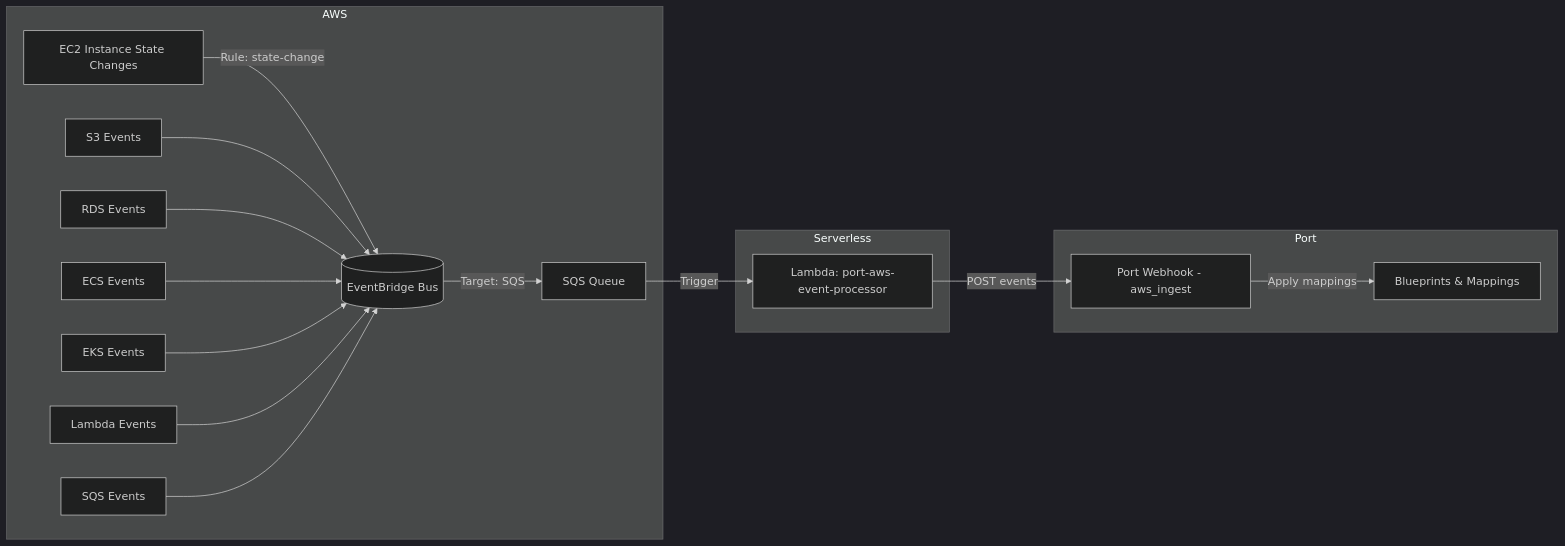
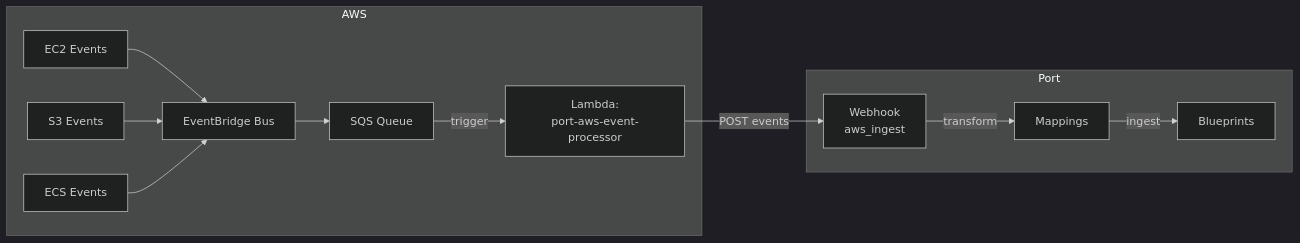
One commit to chrishodson/port-ocean changed the diagram in integrations/aws-serverless/README.md. Above: the diagram before and after it, drawn with Mermaid (dark theme). The commit also changed other lines of this file, not shown here.

````diff
--- a/integrations/aws-serverless/README.md
+++ b/integrations/aws-serverless/README.md
@@ -24,35 +39,26 @@
 ```mermaid
 flowchart LR
-  subgraph AWS
-    EC2[EC2 Instance State Changes]
-    S3[S3 Events]
-    RDS[RDS Events]
-    ECS[ECS Events]
-    EKS[EKS Events]
-    Lambda[Lambda Events]
-    SQSRes[SQS Events]
-    EB[(EventBridge Bus)]
-    Q[SQS Queue]
+  subgraph AWS["AWS"]
+    EC2["EC2 Events"]
+    S3["S3 Events"]
+    ECS["ECS Events"]
+    EB["EventBridge Bus"]
+    Q["SQS Queue"]
+    L["Lambda:<br/>port-aws-event-processor"]
   end
 
-  subgraph Serverless
-    L[Lambda: port-aws-event-processor]
+  subgraph Port["Port"]
+    WH["Webhook<br/>aws_ingest"]
+    BP["Blueprints"]
+    MAP["Mappings"]
   end
 
-  subgraph Port
-    PWH[Port Webhook - aws_ingest]
-    BP[Blueprints & Mappings]
-  end
-
-  EC2 -->|Rule: state-change| EB
+  EC2 --> EB
   S3 --> EB
-  RDS --> EB
   ECS --> EB
-  EKS --> EB
-  Lambda --> EB
-  SQSRes --> EB
-  EB -->|Target: SQS| Q
-  Q -->|Trigger| L
-  L -->|POST events| PWH
-  PWH -->|Apply mappings| BP
+  EB --> Q
+  Q -->|trigger| L
+  L -->|POST events| WH
+  WH -->|transform| MAP
+  MAP -->|ingest| BP
 ```
````
